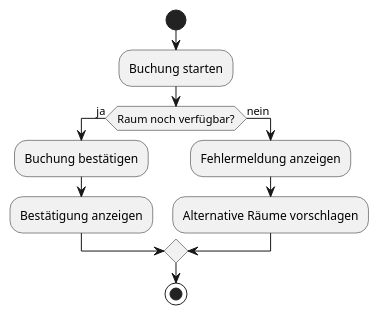
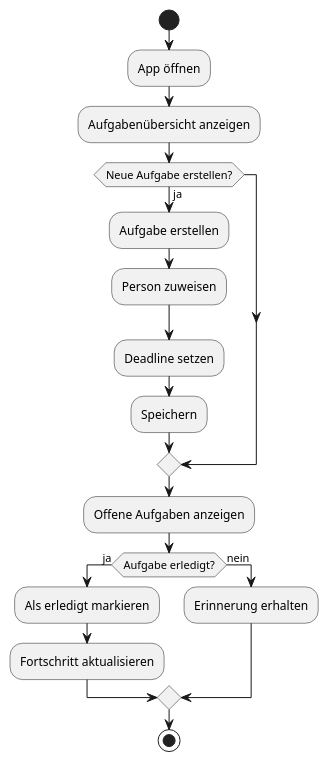
Before and after one commit to benWnhHtw/A1-TaskHive: the second of 2 diagrams in docs/product/ux_concept.adoc, drawn with PlantUML. The commit also changed other lines of this file, not shown here.

First line of the commit message:
Completed UX concept: personas, usage context and flows

```diff
--- a/docs/product/ux_concept.adoc
+++ b/docs/product/ux_concept.adoc
@@ -189,18 +221,27 @@
 [plantuml, error-flow, svg]
 ....
 @startuml
-skinparam monochrome true
+start
 
-start
-:Buchung starten;
-if (Raum noch verfügbar?) then (ja)
-  :Buchung bestätigen;
-  :Bestätigung anzeigen;
+:App öffnen;
+:Aufgabenübersicht anzeigen;
+
+if (Neue Aufgabe erstellen?) then (ja)
+  :Aufgabe erstellen;
+  :Person zuweisen;
+  :Deadline setzen;
+  :Speichern;
+endif
+
+:Offene Aufgaben anzeigen;
+
+if (Aufgabe erledigt?) then (ja)
+  :Als erledigt markieren;
+  :Fortschritt aktualisieren;
 else (nein)
-  :Fehlermeldung anzeigen;
-  :Alternative Räume vorschlagen;
+  :Erinnerung erhalten;
 endif
+
 stop
-
 @enduml
 ....
```
